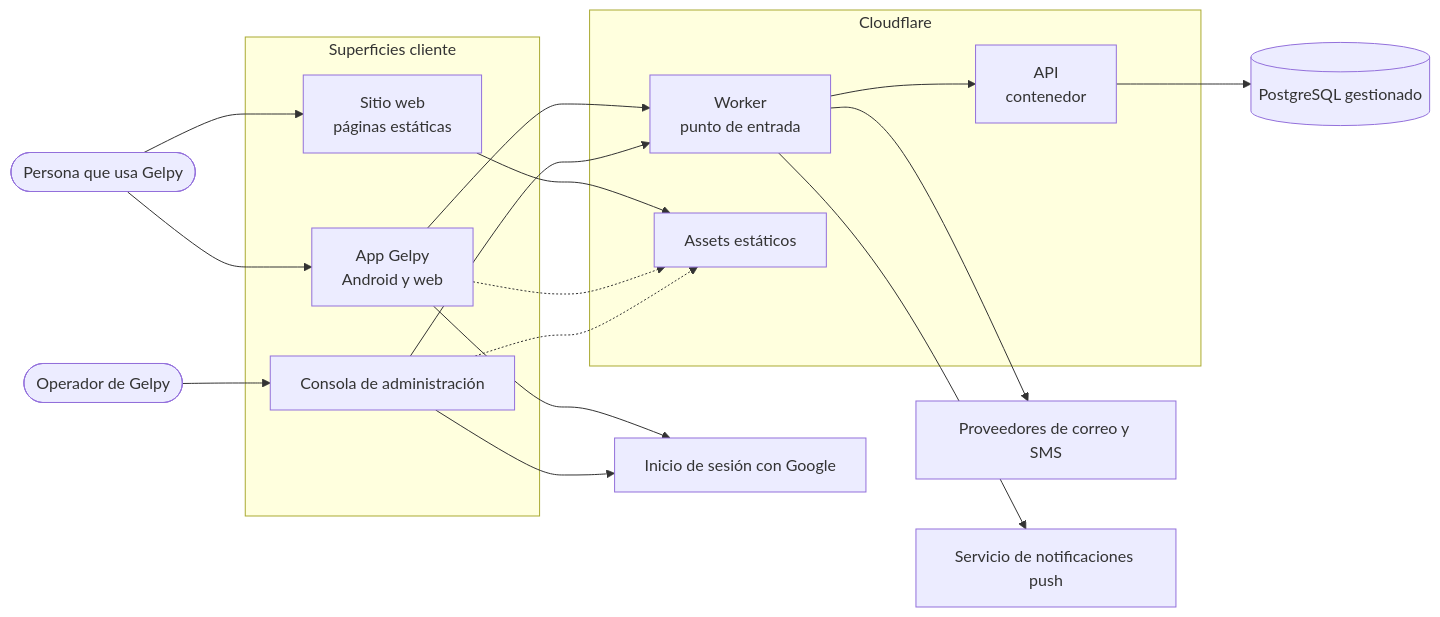
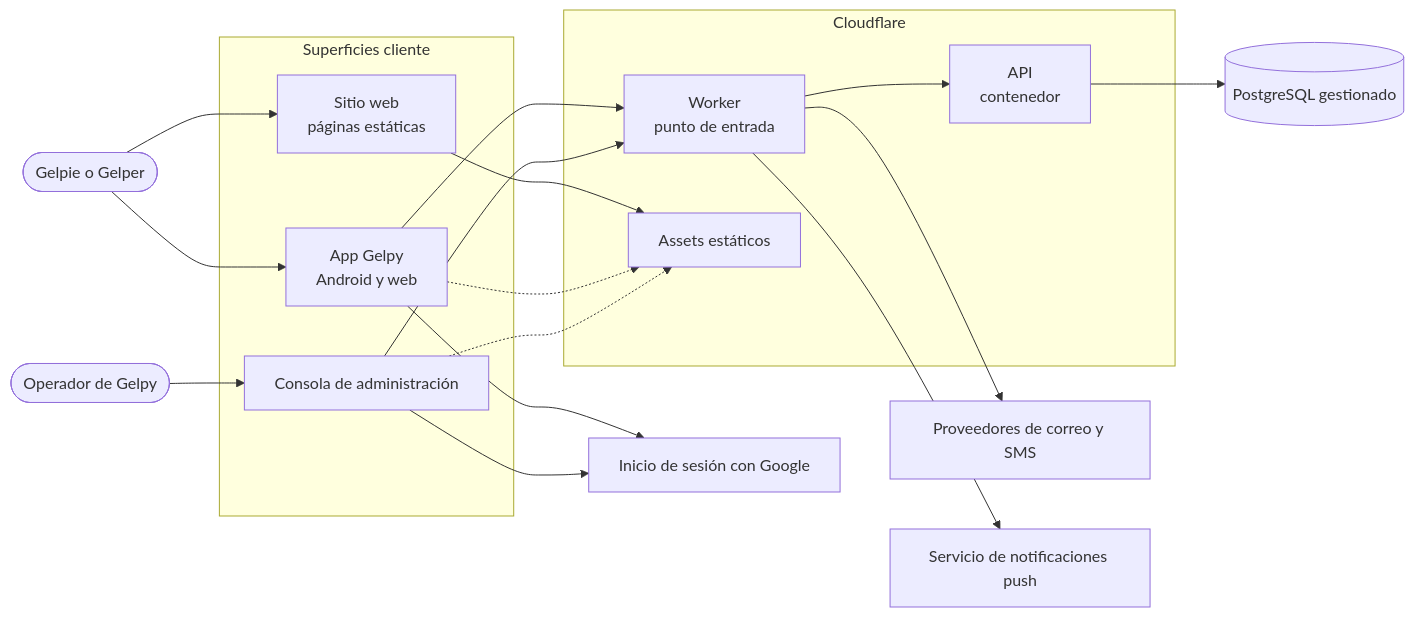
Before and after one commit to Gelpy/gelpy: the first of 3 diagrams in i18n/es/docusaurus-plugin-content-docs/current/architecture/overview.md, drawn with Mermaid. The commit also changed other lines of this file and 16 other files, not shown here.

````diff
--- a/i18n/es/docusaurus-plugin-content-docs/current/architecture/overview.md
+++ b/i18n/es/docusaurus-plugin-content-docs/current/architecture/overview.md
@@ -28,37 +28,37 @@
 ```mermaid
 flowchart LR
-  user([Persona que usa Gelpy])
+  user([Gelpie o Gelper])
   admin([Operador de Gelpy])
 
   subgraph clients[Superficies cliente]
     app[App Gelpy<br/>Android y web]
     web[Sitio web<br/>páginas estáticas]
     console[Consola de administración]
   end
 
   subgraph platform[Cloudflare]
     edge[Worker<br/>punto de entrada]
     api[API<br/>contenedor]
     assets[Assets estáticos]
   end
 
   db[(PostgreSQL gestionado)]
   idp[Inicio de sesión con Google]
   msg[Proveedores de correo y SMS]
   push[Servicio de notificaciones push]
 
   user --> app
   user --> web
   admin --> console
   app --> edge
   console --> edge
   web --> assets
   app -.-> assets
   console -.-> assets
   edge --> api
   api --> db
   app --> idp
   console --> idp
   edge --> msg
   edge --> push
 ```
````
